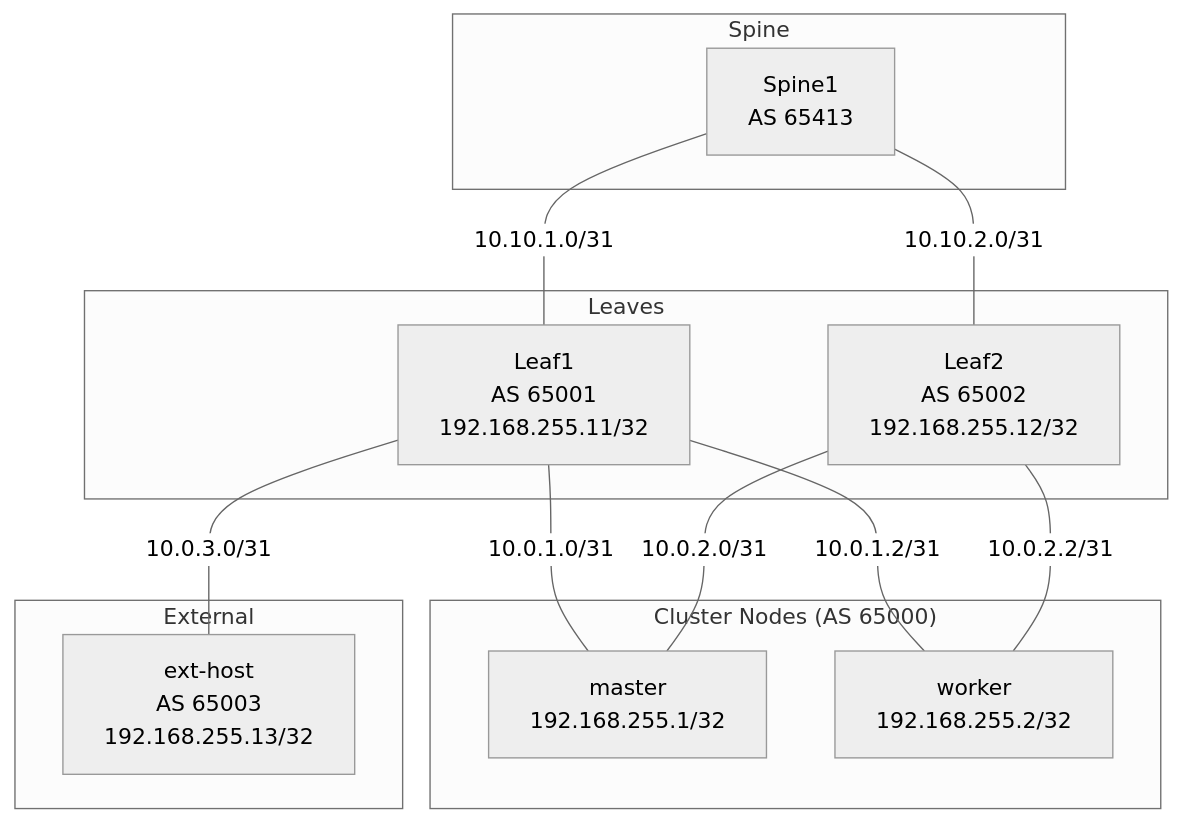
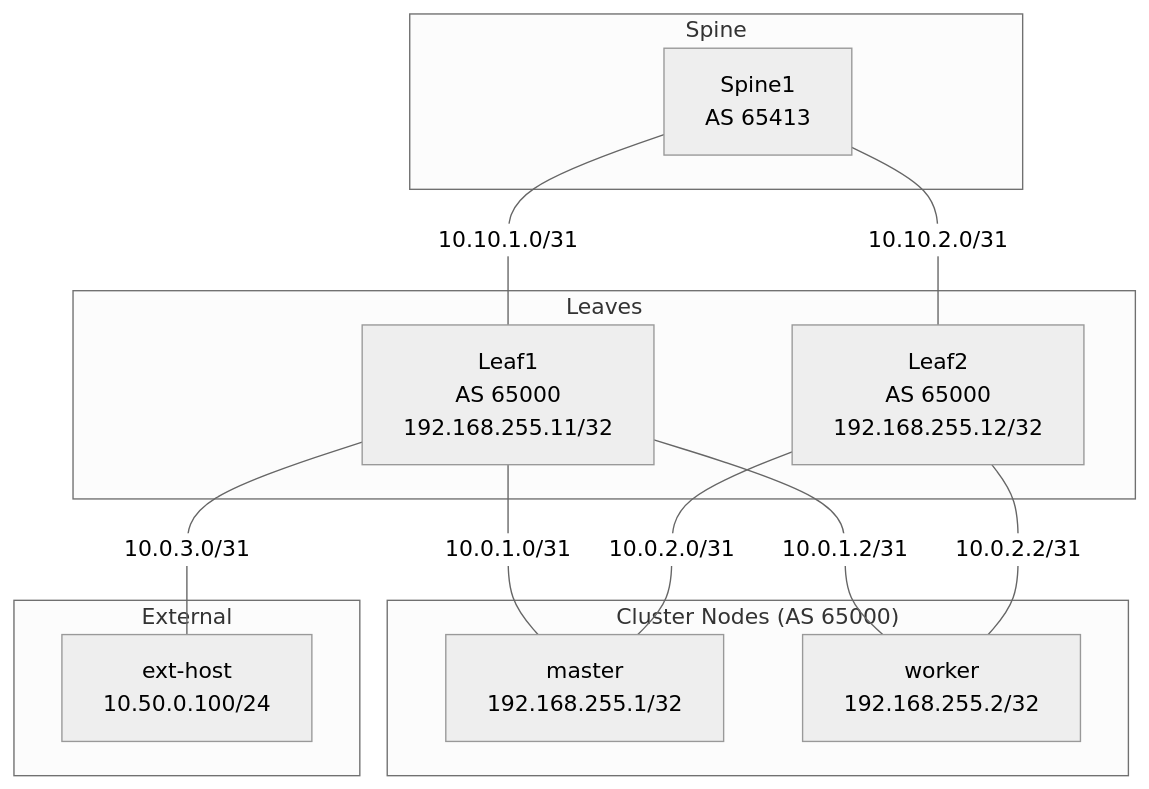
One commit to dave-tucker/hands-on-labs changed the first of 2 diagrams in docs/labs/04-bgp-evpn/index.md. Above: the diagram before and after it, drawn with Mermaid (neutral theme). The commit also changed 2 other files, not shown here.

Commit message:
Docs: Update BGP-EVPN documentation to reflect iBGP configuration
Update all documentation files to reflect the migration from eBGP to iBGP:

- Leaves (AS 65000) now use iBGP with cluster nodes and spine1 for EVPN
- Spine1 (AS 65413) uses eBGP for IPv4 underlay with leaves
- Simplified ext-host and ext-host2 as L2-only endpoints (no BGP/VTEP)
- Corrected addressing tables to remove unused loopback/VTEP entries
- Updated topology diagrams showing AS 65000 for leaves

Files updated:
- labs/04-bgp-evpn/README.md: Main lab overview
- labs/04-bgp-evpn/config/DAY2-README.md: Deployment guide
- docs/labs/04-bgp-evpn/index.md: Lab documentation

````diff
--- a/docs/labs/04-bgp-evpn/index.md
+++ b/docs/labs/04-bgp-evpn/index.md
@@ -13,30 +13,30 @@
 ```mermaid
 graph TB
     subgraph Spine
         S1[Spine1<br/>AS 65413]
     end
     
     subgraph Leaves
-        L1[Leaf1<br/>AS 65001<br/>192.168.255.11/32]
-        L2[Leaf2<br/>AS 65002<br/>192.168.255.12/32]
+        L1[Leaf1<br/>AS 65000<br/>192.168.255.11/32]
+        L2[Leaf2<br/>AS 65000<br/>192.168.255.12/32]
     end
     
     subgraph Cluster["Cluster Nodes (AS 65000)"]
         M[master<br/>192.168.255.1/32]
         W[worker<br/>192.168.255.2/32]
     end
     
     subgraph External
-        EH[ext-host<br/>AS 65003<br/>192.168.255.13/32]
+        EH[ext-host<br/>10.50.0.100/24]
     end
     
     S1 ---|10.10.1.0/31| L1
     S1 ---|10.10.2.0/31| L2
     
     L1 ---|10.0.1.0/31| M
     L1 ---|10.0.1.2/31| W
     L1 ---|10.0.3.0/31| EH
     
     L2 ---|10.0.2.0/31| M
     L2 ---|10.0.2.2/31| W
 ```
````
